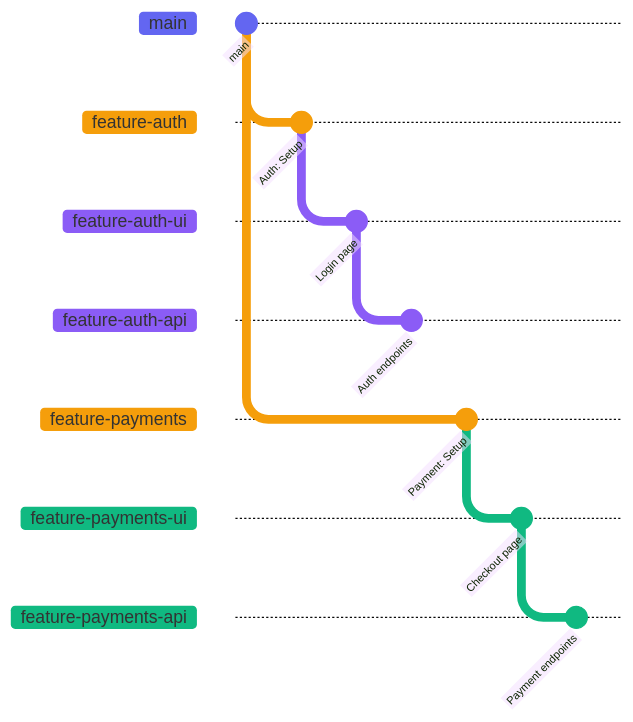
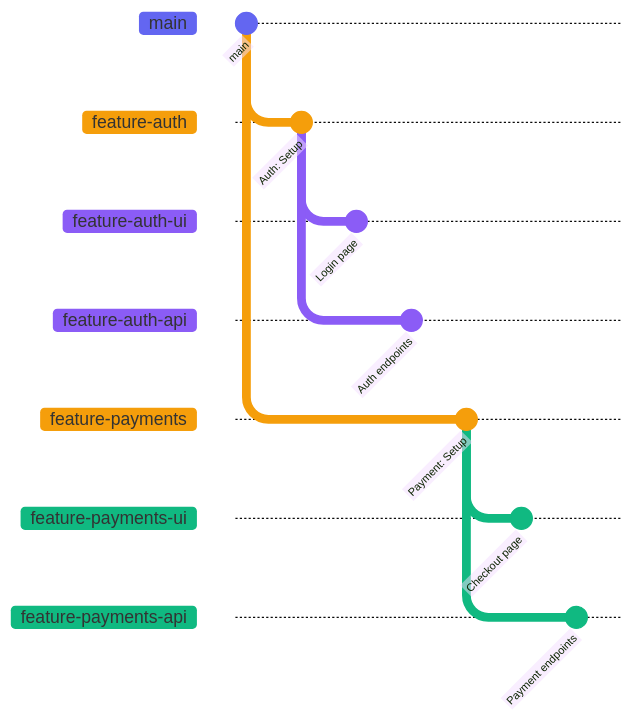
Before and after one commit to yannvanhalewyn/prstack-docs: the diagram in content/docs/workflows/feature-base-workflows.mdx, drawn with Mermaid. The commit also changed other lines of this file and 12 other files, not shown here.

````diff
--- a/content/docs/workflows/feature-base-workflows.mdx
+++ b/content/docs/workflows/feature-base-workflows.mdx
@@ -12,18 +12,20 @@
 ```mermaid
 %%{init: {'theme':'base', 'themeVariables': {'git0':'#6366f1','git1':'#f59e0b','git2':'#8b5cf6','git3':'#8b5cf6','git4':'#f59e0b','git5':'#10b981','git6':'#10b981'}}}%%
 gitGraph
   commit id: "main"
   branch feature-auth
   commit id: "Auth: Setup"
   branch feature-auth-ui
   commit id: "Login page"
+  checkout feature-auth
   branch feature-auth-api
   commit id: "Auth endpoints"
   checkout main
   branch feature-payments
   commit id: "Payment: Setup"
   branch feature-payments-ui
   commit id: "Checkout page"
+  checkout feature-payments
   branch feature-payments-api
   commit id: "Payment endpoints"
 ```
````
